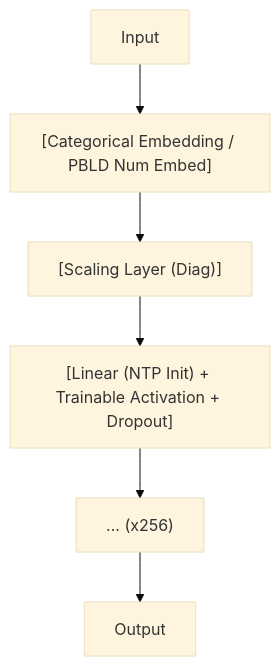
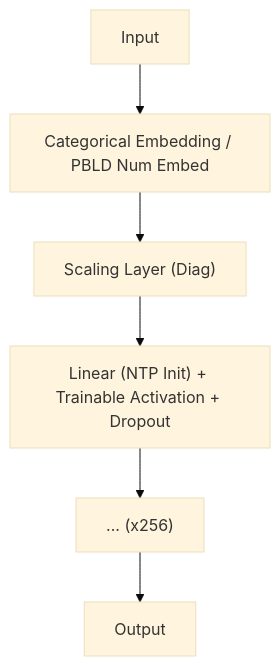
One commit to sou350121/Trading-Handbook changed the diagram in foundations/factor-mining/realmlp.md. Above: the diagram before and after it, drawn with Mermaid (base theme). The commit also changed 191 other files, not shown here.

First line of the commit message:
render: fix math + mermaid for GitHub across the corpus (188 pages)

````diff
--- a/foundations/factor-mining/realmlp.md
+++ b/foundations/factor-mining/realmlp.md
@@ -31,8 +31,8 @@
 ```mermaid
 flowchart TD
-  A["Input"] --> B["[Categorical Embedding / PBLD Num Embed]"]
-  B --> C["[Scaling Layer (Diag)]"]
-  C --> D["[Linear (NTP Init) + Trainable Activation + Dropout]"]
+  A["Input"] --> B["Categorical Embedding / PBLD Num Embed"]
+  B --> C["Scaling Layer (Diag)"]
+  C --> D["Linear (NTP Init) + Trainable Activation + Dropout"]
   D --> E["... (x256)"]
   E --> F["Output"]
 ```
````
